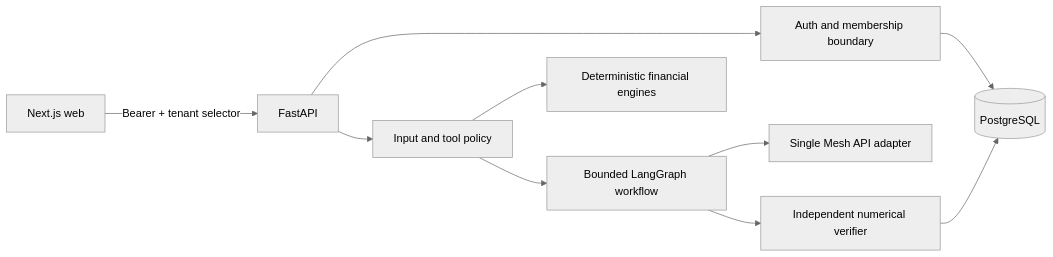
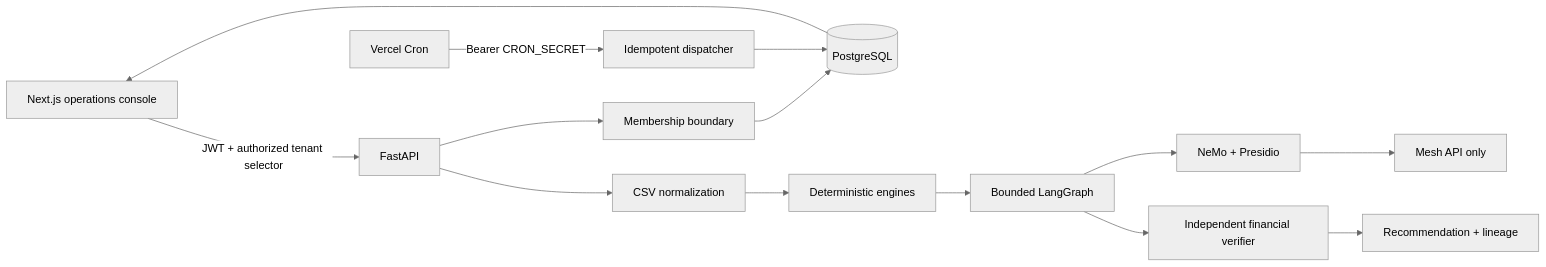
Before and after one commit to aiengineer-labs/finpilot-financial-intelligence-system: the diagram in README.md, drawn with Mermaid (neutral theme). The commit also changed other lines of this file and 12 other files, not shown here.

````diff
--- a/README.md
+++ b/README.md
@@ -39,12 +37,16 @@
 ```mermaid
 flowchart LR
-  Browser[Next.js web] -->|Bearer + tenant selector| API[FastAPI]
-  API --> Auth[Auth and membership boundary]
-  Auth --> DB[(PostgreSQL)]
-  API --> Policy[Input and tool policy]
-  Policy --> Engines[Deterministic financial engines]
-  Policy --> Graph[Bounded LangGraph workflow]
-  Graph --> Mesh[Single Mesh API adapter]
-  Graph --> Verify[Independent numerical verifier]
-  Verify --> DB
+  UI[Next.js operations console] -->|JWT + authorized tenant selector| API[FastAPI]
+  API --> AUTH[Membership boundary]
+  AUTH --> DB[(PostgreSQL)]
+  API --> INGEST[CSV normalization]
+  INGEST --> ENGINE[Deterministic engines]
+  ENGINE --> GRAPH[Bounded LangGraph]
+  GRAPH --> RAILS[NeMo + Presidio]
+  RAILS --> MESH[Mesh API only]
+  GRAPH --> VERIFY[Independent financial verifier]
+  VERIFY --> AUDIT[Recommendation + lineage]
+  CRON[Vercel Cron] -->|Bearer CRON_SECRET| DISPATCH[Idempotent dispatcher]
+  DISPATCH --> DB
+  DB --> UI
 ```
````
